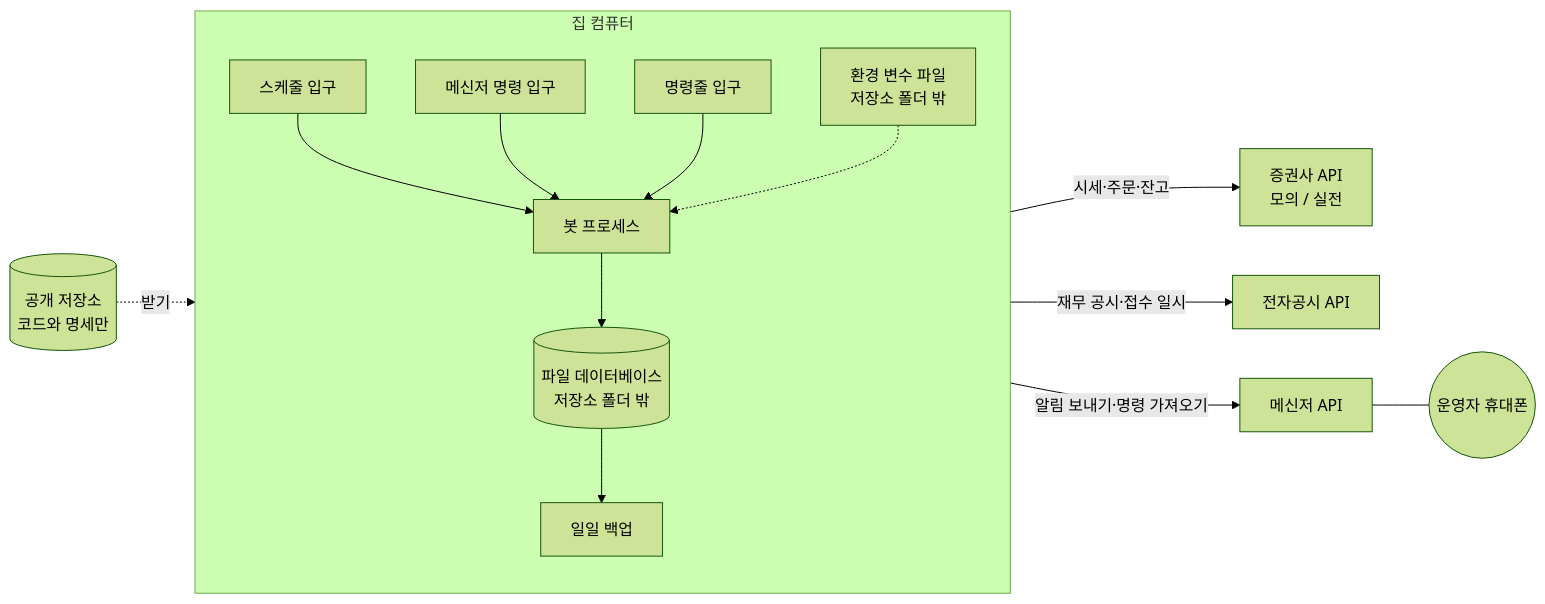
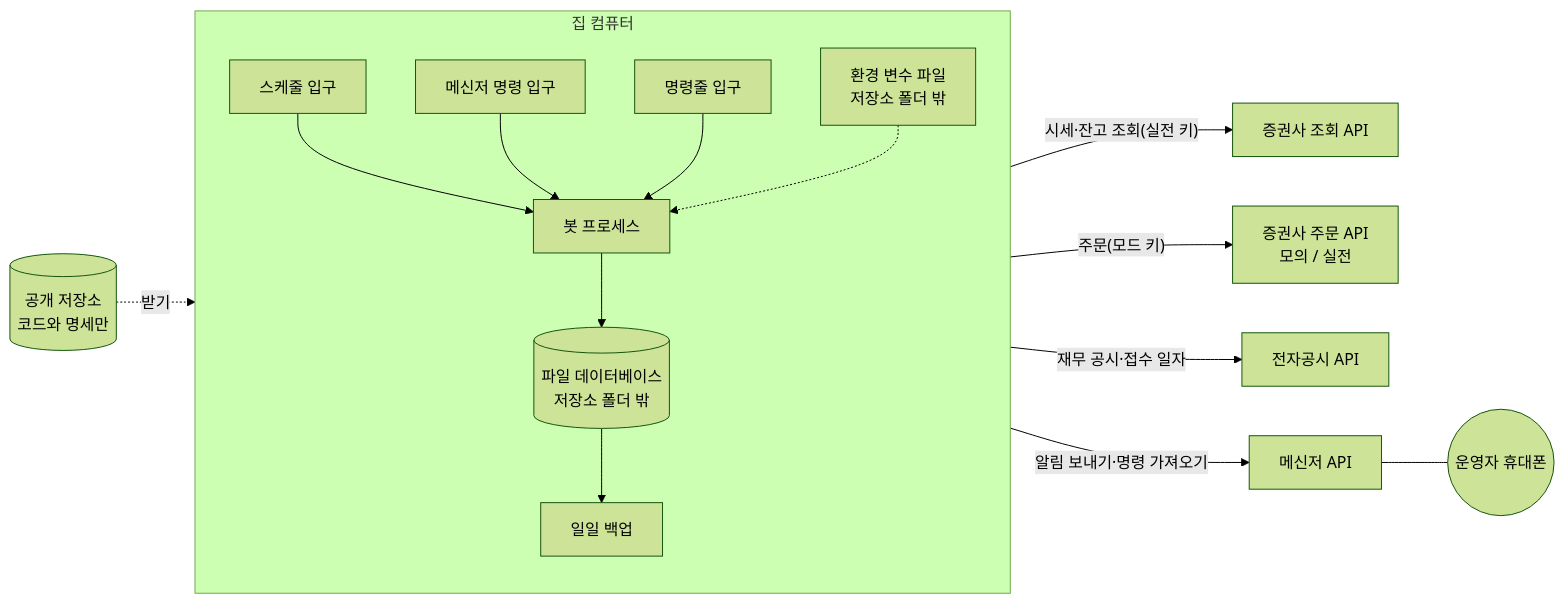
The diagram in docs/specs/05-INFRA/QBOT-INFRA-001.md (HoyoungParkme/quant-rebalance-bot), drawn with Mermaid (forest theme) before and after one commit. The commit also changed other lines of this file, not shown here.

Commit message:
운용에서 확인된 값으로 갱신: 호출 한도 실측, 주문 거래 ID, 전자공시 초당 제한·IP 차단, SQLite 잠금 규칙, 스케줄 단계 분리와 생존 신호 빈도, 자동 시작 systemd 확정. 미결 6건 해소

````diff
--- a/docs/specs/05-INFRA/QBOT-INFRA-001.md
+++ b/docs/specs/05-INFRA/QBOT-INFRA-001.md
@@ -75,17 +99,18 @@
 ```mermaid
 flowchart LR
   subgraph PC[집 컴퓨터]
     direction TB
     SCH[스케줄 입구] --> CORE[봇 프로세스]
     CMD[메신저 명령 입구] --> CORE
     CLI[명령줄 입구] --> CORE
     CORE --> DB[(파일 데이터베이스<br/>저장소 폴더 밖)]
     ENV[환경 변수 파일<br/>저장소 폴더 밖] -.-> CORE
     DB --> BAK[일일 백업]
   end
-  CORE -- 시세·주문·잔고 --> KIS[증권사 API<br/>모의 / 실전]
-  CORE -- 재무 공시·접수 일시 --> DART[전자공시 API]
+  CORE -- 시세·잔고 조회(실전 키) --> KISQ[증권사 조회 API]
+  CORE -- 주문(모드 키) --> KISO[증권사 주문 API<br/>모의 / 실전]
+  CORE -- 재무 공시·접수 일자 --> DART[전자공시 API]
   CORE -- 알림 보내기·명령 가져오기 --> MSG[메신저 API]
   MSG --- OP((운영자 휴대폰))
   REPO[(공개 저장소<br/>코드와 명세만)] -. 받기 .-> PC
 ```
````
